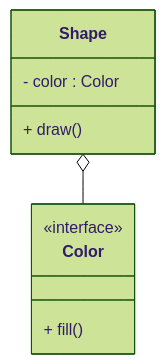
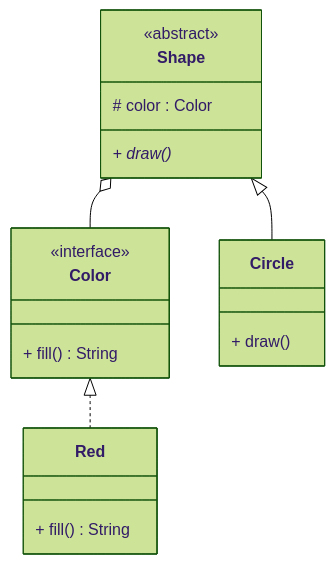
Before and after one commit to swapnilphalke97/Design-Pattern: the seventh of 22 diagrams in Readme.md, drawn with Mermaid (forest theme). The commit also changed other lines of this file, not shown here.

````diff
--- a/Readme.md
+++ b/Readme.md
@@ -282,12 +315,21 @@
 ```mermaid
 classDiagram
+    class Color {
+        <<interface>>
+        + fill() String
+    }
+    class Red {
+        + fill() String
+    }
     class Shape {
-        - color : Color
+        <<abstract>>
+        # color : Color
+        + draw()*
+    }
+    class Circle {
         + draw()
     }
-    class Color {
-        <<interface>>
-        + fill()
-    }
+    Color <|.. Red
     Shape o-- Color
+    Shape <|-- Circle
 ```
````
